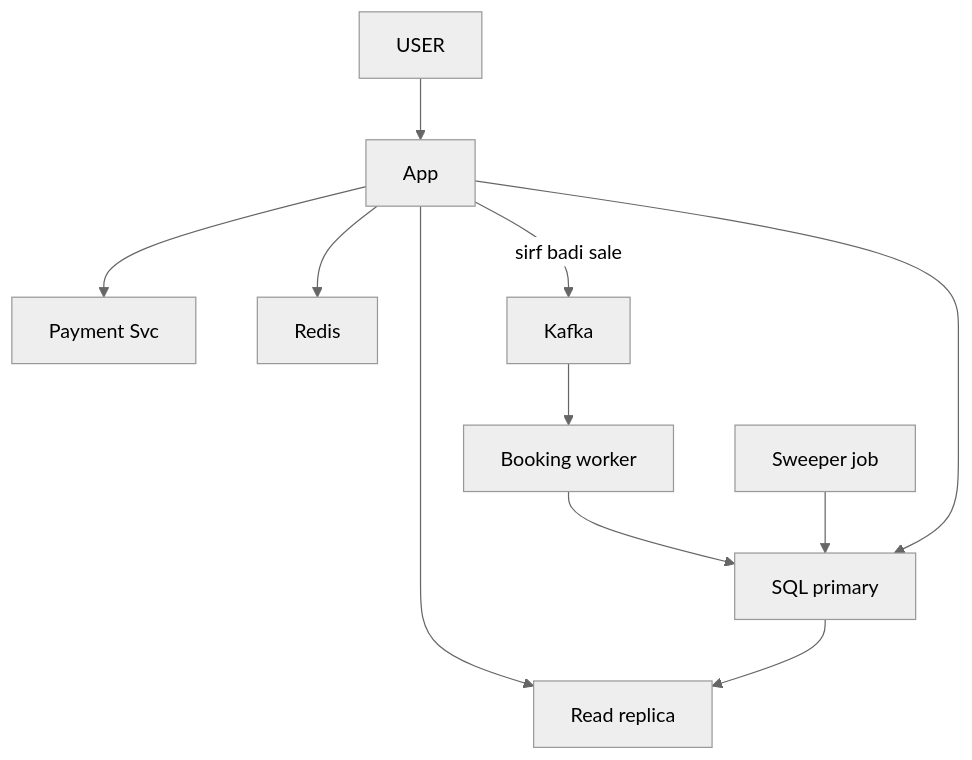
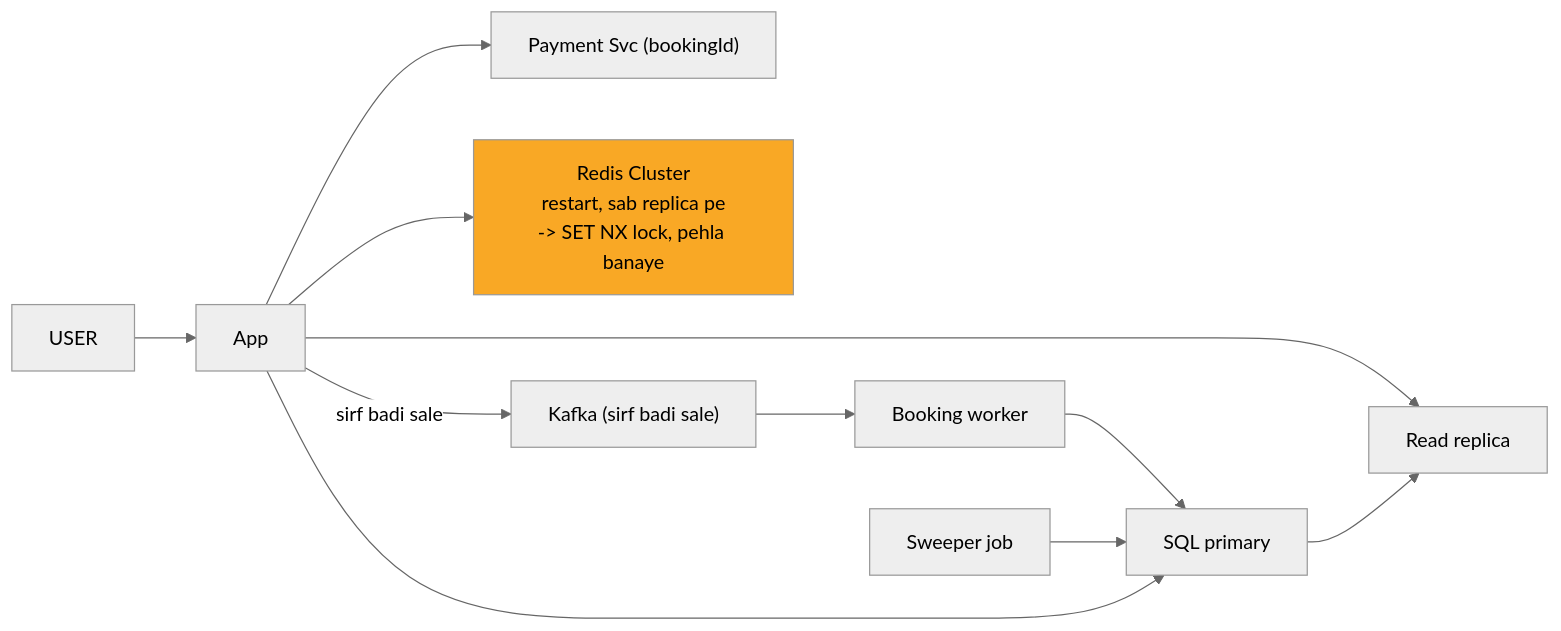
The seventh of 9 diagrams in 04_HLD/SYSTEM_DESIGNS/09_bookmyshow/09_bookmyshow_INTERVIEW.md (ArpanMaheshwari144/Prep), drawn with Mermaid (neutral theme) before and after one commit. The commit also changed other lines of this file and 2 other files, not shown here.

Commit message:
news, bookmyshow, cache: one-day story, short cards, follow-ups with rules, highlighted diagrams

````diff
--- a/04_HLD/SYSTEM_DESIGNS/09_bookmyshow/09_bookmyshow_INTERVIEW.md
+++ b/04_HLD/SYSTEM_DESIGNS/09_bookmyshow/09_bookmyshow_INTERVIEW.md
@@ -258,22 +258,23 @@
 ```mermaid
-flowchart TD
+flowchart LR
     n_USER["USER"]
     n_App["App"]
-    n_Payment_Svc["Payment Svc"]
-    n_Redis["Redis"]
+    n_Payment_Svc["Payment Svc (bookingId)"]
+    n_Redis["Redis Cluster<br/>restart, sab replica pe<br/>-> SET NX lock, pehla banaye"]
     n_Read_replica["Read replica"]
-    n_Kafka["Kafka"]
+    n_Kafka["Kafka (sirf badi sale)"]
     n_Booking_worker["Booking worker"]
     n_SQL_primary["SQL primary"]
     n_Sweeper_job["Sweeper job"]
     n_USER --> n_App
     n_App --> n_Payment_Svc
     n_App --> n_Redis
     n_App --> n_Read_replica
     n_App -->|sirf badi sale| n_Kafka
     n_Kafka --> n_Booking_worker
     n_Booking_worker --> n_SQL_primary
     n_Sweeper_job --> n_SQL_primary
     n_App --> n_SQL_primary
     n_SQL_primary --> n_Read_replica
+    style n_Redis fill:#f9a825,color:#000
 ```
````
